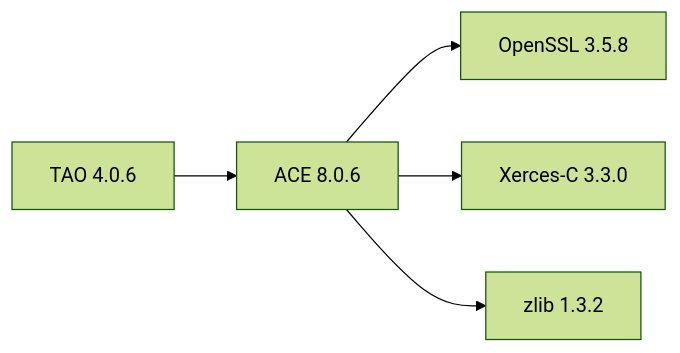
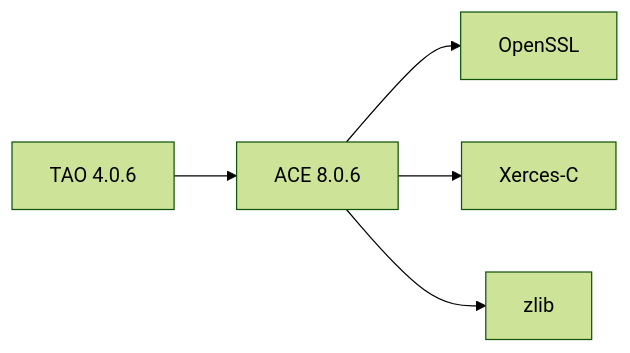
One commit to adeccscholar/BuildEngine-Admin changed the third of 4 diagrams in admin/server-docs/server.md. Above: the diagram before and after it, drawn with Mermaid (forest theme). The commit also changed other lines of this file, not shown here.

````diff
--- a/admin/server-docs/server.md
+++ b/admin/server-docs/server.md
@@ -243,7 +144,7 @@
 ```mermaid
 flowchart LR
     T[TAO 4.0.6] --> A[ACE 8.0.6]
-    A --> O[OpenSSL 3.5.8]
-    A --> X[Xerces-C 3.3.0]
-    A --> Z[zlib 1.3.2]
+    A --> O[OpenSSL]
+    A --> X[Xerces-C]
+    A --> Z[zlib]
 ```
````
